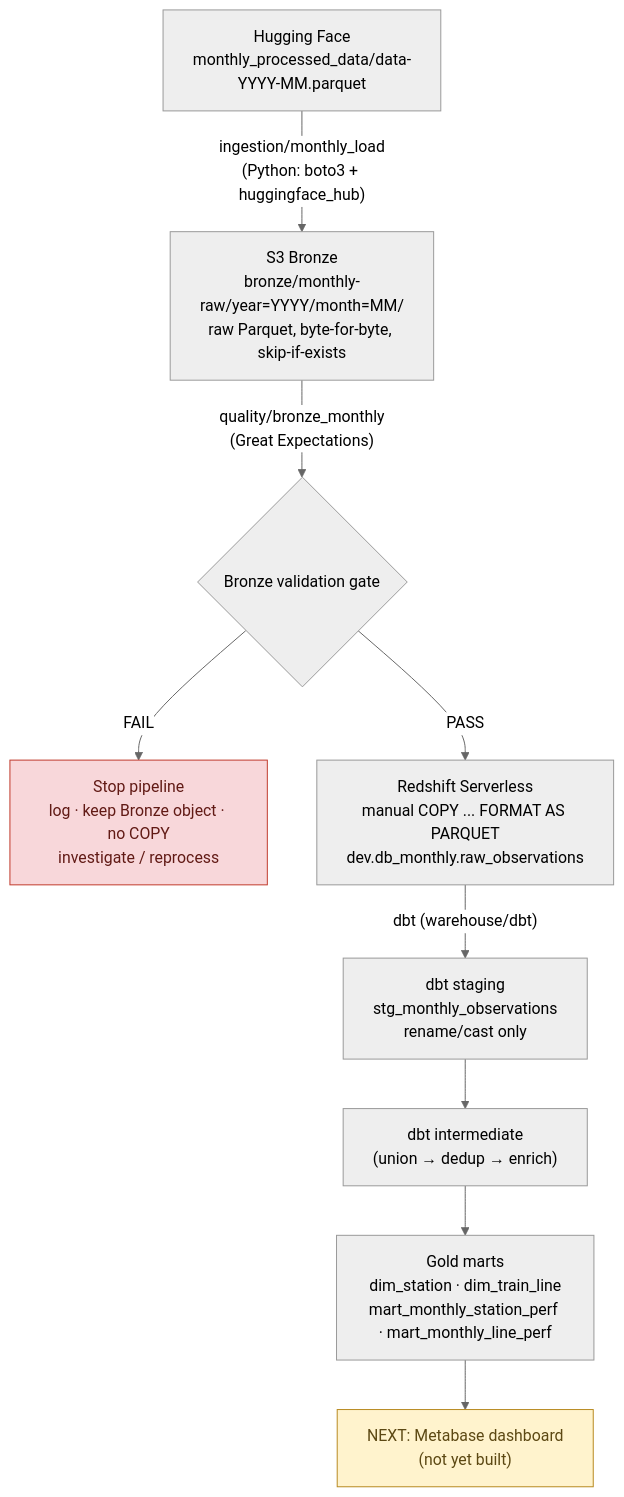
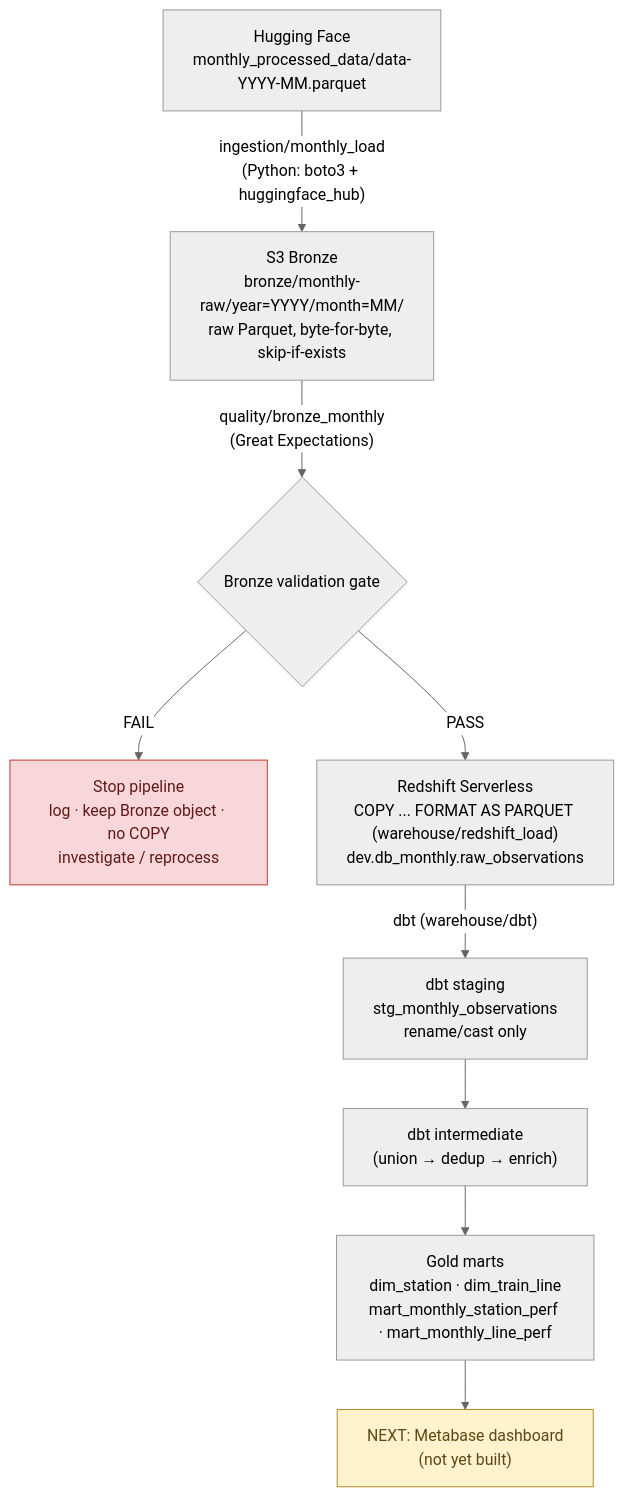
The first of 2 diagrams in docs/architecture.md (koutafraout/deutsche-bahn-end-to-end-analytics-pipeline), drawn with Mermaid (neutral theme) before and after one commit. The commit also changed 13 other files, not shown here.

````diff
--- a/docs/architecture.md
+++ b/docs/architecture.md
@@ -23,19 +23,19 @@
 ```mermaid
 flowchart TD
     A["Hugging Face<br/>monthly_processed_data/data-YYYY-MM.parquet"]
     A -->|"ingestion/monthly_load<br/>(Python: boto3 + huggingface_hub)"| B
     B["S3 Bronze<br/>bronze/monthly-raw/year=YYYY/month=MM/<br/>raw Parquet, byte-for-byte, skip-if-exists"]
     B -->|"quality/bronze_monthly<br/>(Great Expectations)"| C
     C{"Bronze validation gate"}
     C -->|FAIL| X["Stop pipeline<br/>log · keep Bronze object · no COPY<br/>investigate / reprocess"]
     C -->|PASS| D
-    D["Redshift Serverless<br/>manual COPY ... FORMAT AS PARQUET<br/>dev.db_monthly.raw_observations"]
+    D["Redshift Serverless<br/>COPY ... FORMAT AS PARQUET (warehouse/redshift_load)<br/>dev.db_monthly.raw_observations"]
     D -->|"dbt (warehouse/dbt)"| E
     E["dbt staging<br/>stg_monthly_observations<br/>rename/cast only"]
     E --> F["dbt intermediate<br/>(union → dedup → enrich)"]
     F --> G["Gold marts<br/>dim_station · dim_train_line<br/>mart_monthly_station_perf · mart_monthly_line_perf"]
     G --> H["NEXT: Metabase dashboard<br/>(not yet built)"]
 
     style X fill:#f8d7da,stroke:#c0392b,color:#611a15
     style H fill:#fff3cd,stroke:#b7891f,color:#5c4813
 ```
````
